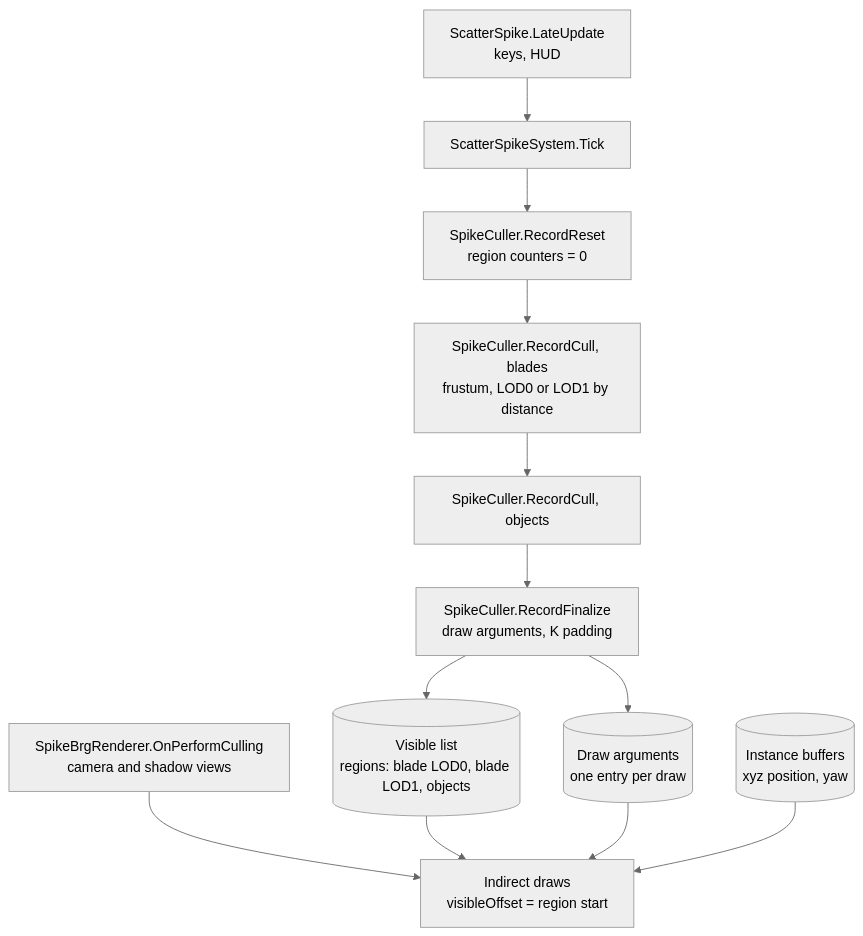
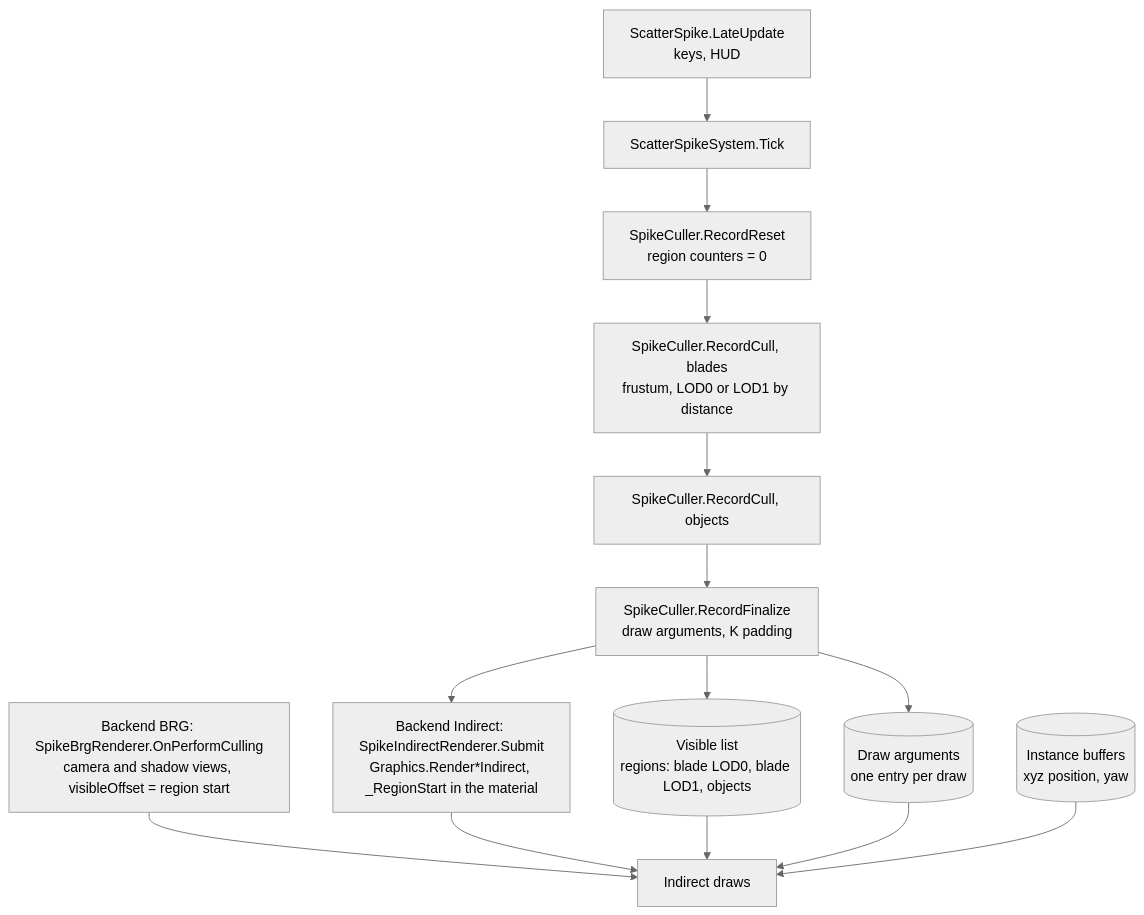
One commit to matrem/grass-rendering changed the third of 3 diagrams in Docs/ProjectGuide.md. Above: the diagram before and after it, drawn with Mermaid (neutral theme). The commit also changed other lines of this file and 26 other files, not shown here.

````diff
--- a/Docs/ProjectGuide.md
+++ b/Docs/ProjectGuide.md
@@ -151,14 +152,16 @@
 ```mermaid
 flowchart TB
     S["ScatterSpike.LateUpdate<br/>keys, HUD"] --> T["ScatterSpikeSystem.Tick"]
     T --> R["SpikeCuller.RecordReset<br/>region counters = 0"]
     R --> C1["SpikeCuller.RecordCull, blades<br/>frustum, LOD0 or LOD1 by distance"]
     C1 --> C2["SpikeCuller.RecordCull, objects"]
     C2 --> F["SpikeCuller.RecordFinalize<br/>draw arguments, K padding"]
     F --> VIS[("Visible list<br/>regions: blade LOD0, blade LOD1, objects")]
     F --> ARGS[("Draw arguments<br/>one entry per draw")]
-    B["SpikeBrgRenderer.OnPerformCulling<br/>camera and shadow views"] --> D["Indirect draws<br/>visibleOffset = region start"]
+    B["Backend BRG: SpikeBrgRenderer.OnPerformCulling<br/>camera and shadow views, visibleOffset = region start"] --> D["Indirect draws"]
+    F --> I["Backend Indirect: SpikeIndirectRenderer.Submit<br/>Graphics.Render*Indirect, _RegionStart in the material"]
+    I --> D
     VIS --> D
     ARGS --> D
     INST[("Instance buffers<br/>xyz position, yaw")] --> D
 ```
````
